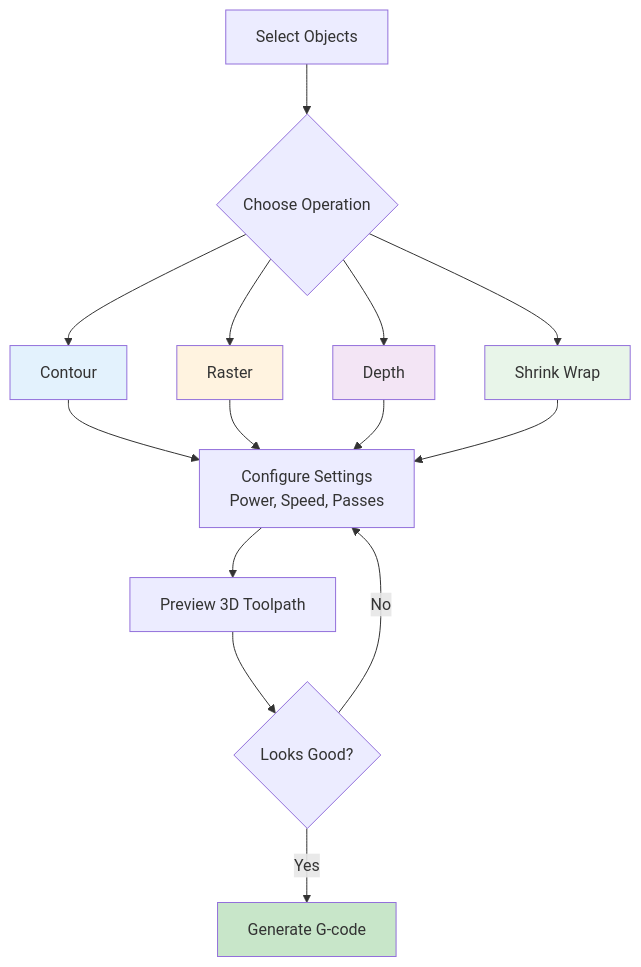
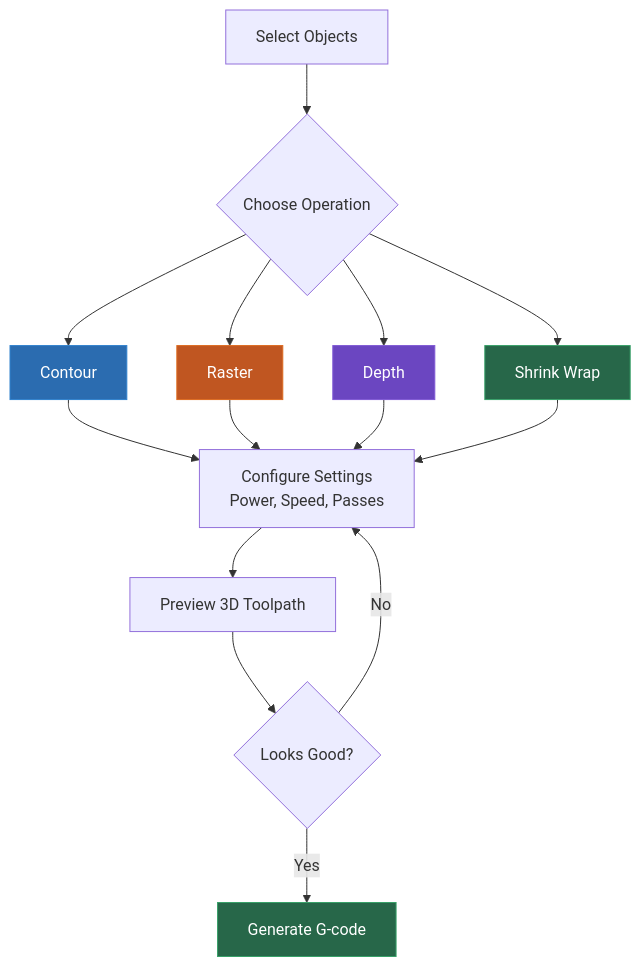
One commit to yuri-schmaltz/my-rayforge changed the diagram in website/content/docs/features/operations/index.md. Above: the diagram before and after it, drawn with Mermaid. The commit also changed 5 other files, not shown here.

Commit message:
update some diagram colors on website for readability

````diff
--- a/website/content/docs/features/operations/index.md
+++ b/website/content/docs/features/operations/index.md
@@ -7,24 +7,24 @@
 ```mermaid
 graph TB
     A[Select Objects] --> B{Choose Operation}
     B --> C[Contour]
     B --> D[Raster]
     B --> E[Depth]
     B --> F[Shrink Wrap]
 
     C --> G[Configure Settings<br/>Power, Speed, Passes]
     D --> G
     E --> G
     F --> G
 
     G --> H[Preview 3D Toolpath]
     H --> I{Looks Good?}
     I -->|No| G
     I -->|Yes| J[Generate G-code]
 
-    style C fill:#e3f2fd
-    style D fill:#fff3e0
-    style E fill:#f3e5f5
-    style F fill:#e8f5e9
-    style J fill:#c8e6c9
+    style C fill:#2b6cb0,stroke:#3182ce,color:#fff
+    style D fill:#c05621,stroke:#dd6b20,color:#fff
+    style E fill:#6b46c1,stroke:#805ad5,color:#fff
+    style F fill:#276749,stroke:#38a169,color:#fff
+    style J fill:#276749,stroke:#38a169,color:#fff
 ```
````
